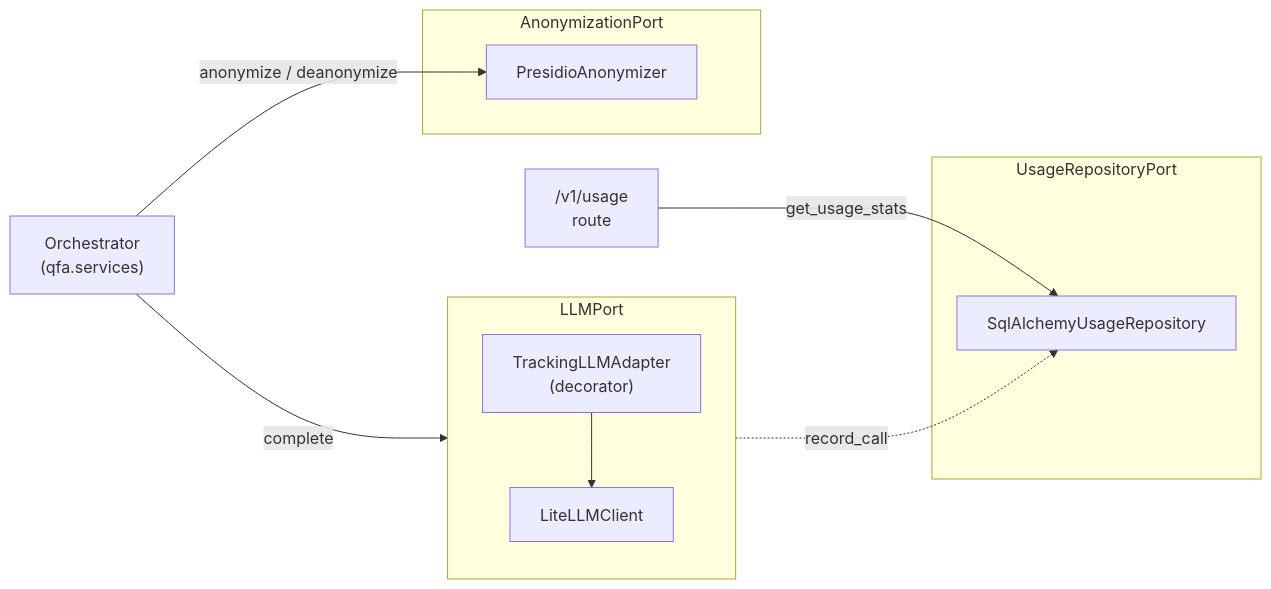
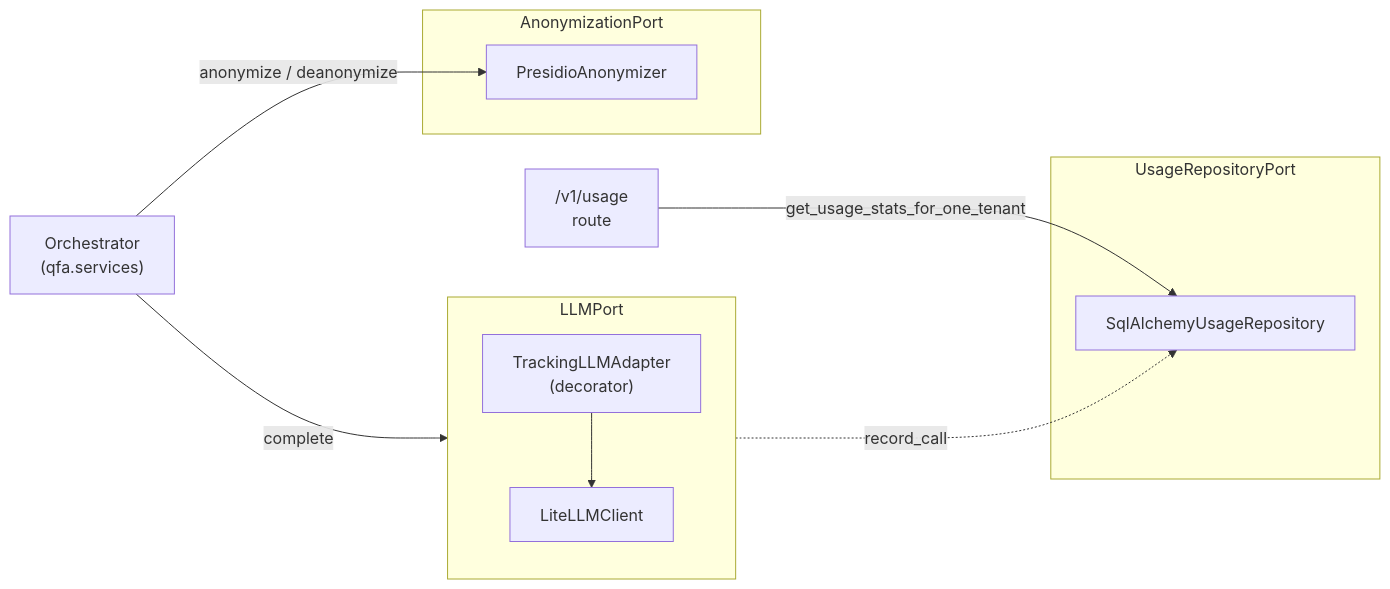
One commit to rodekruis/qualitative-feedback-analysis changed the diagram in docs/architecture/03-components.md. Above: the diagram before and after it, drawn with Mermaid. The commit also changed 3 other files, not shown here.

````diff
--- a/docs/architecture/03-components.md
+++ b/docs/architecture/03-components.md
@@ -7,24 +7,24 @@
 ```mermaid
 flowchart LR
     orch["Orchestrator<br/>(qfa.services)"]
 
     subgraph llmport["LLMPort"]
         direction TB
         tracking["TrackingLLMAdapter<br/>(decorator)"]
         litellm["LiteLLMClient"]
         tracking --> litellm
     end
 
     subgraph anonport["AnonymizationPort"]
         presidio["PresidioAnonymizer"]
     end
 
     subgraph usageport["UsageRepositoryPort"]
         sqlrepo["SqlAlchemyUsageRepository"]
     end
 
     orch -->|complete| tracking
     orch -->|anonymize / deanonymize| presidio
     tracking -.->|record_call| sqlrepo
-    routes_usage["/v1/usage<br/>route"] -->|get_usage_stats| sqlrepo
+    routes_usage["/v1/usage<br/>route"] -->|get_usage_stats_for_one_tenant| sqlrepo
 ```
````
